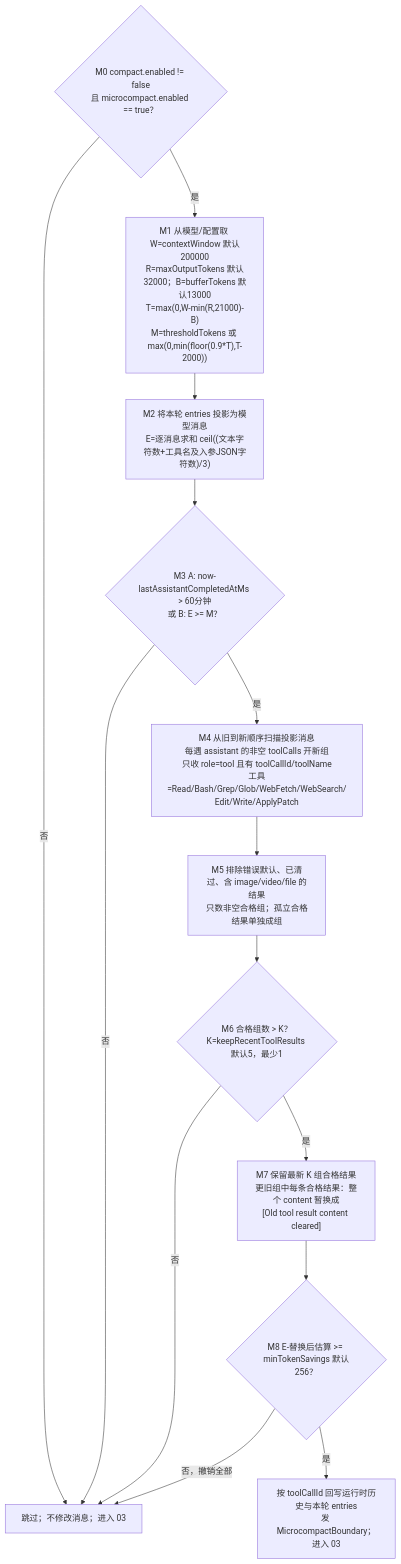
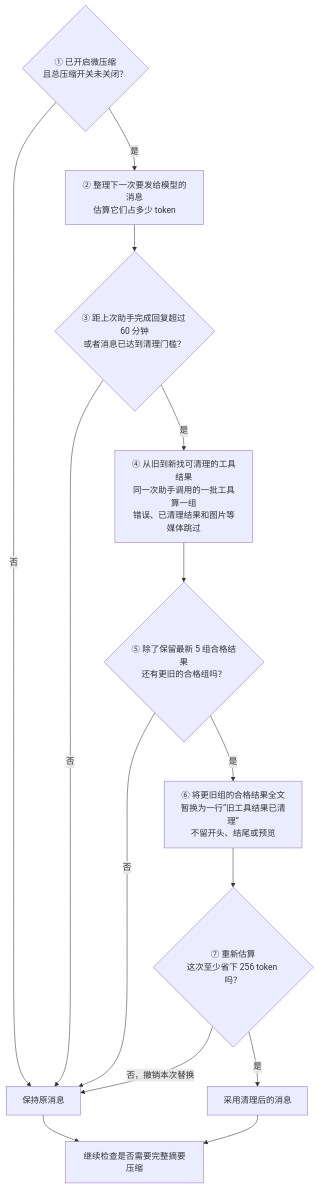
The second of 3 diagrams in research/code-agent/topics/b-context-management.md (tao2years/ZCode_Analysis), drawn with Mermaid before and after one commit. The commit also changed other lines of this file and 4 other files, not shown here.

Commit message:
docs: explain microcompact flow in plain language

````diff
--- a/research/code-agent/topics/b-context-management.md
+++ b/research/code-agent/topics/b-context-management.md
@@ -60,16 +60,16 @@
 ```mermaid
 flowchart TD
-    M0{"M0 compact.enabled != false<br/>且 microcompact.enabled == true？"} -- 否 --> MS["跳过；不修改消息；进入 03"]
-    M0 -- 是 --> M1["M1 从模型/配置取 W=contextWindow 默认200000<br/>R=maxOutputTokens 默认32000；B=bufferTokens 默认13000<br/>T=max(0,W-min(R,21000)-B)<br/>M=thresholdTokens 或 max(0,min(floor(0.9*T),T-2000))"]
-    M1 --> M2["M2 将本轮 entries 投影为模型消息<br/>E=逐消息求和 ceil((文本字符数+工具名及入参JSON字符数)/3)"]
-    M2 --> M3{"M3 A: now-lastAssistantCompletedAtMs &gt; 60分钟<br/>或 B: E &gt;= M？"}
-    M3 -- 否 --> MS
-    M3 -- 是 --> M4["M4 从旧到新顺序扫描投影消息<br/>每遇 assistant 的非空 toolCalls 开新组<br/>只收 role=tool 且有 toolCallId/toolName<br/>工具=Read/Bash/Grep/Glob/WebFetch/WebSearch/<br/>Edit/Write/ApplyPatch"]
-    M4 --> M5["M5 排除错误默认、已清过、含 image/video/file 的结果<br/>只数非空合格组；孤立合格结果单独成组"]
-    M5 --> M6{"M6 合格组数 &gt; K？<br/>K=keepRecentToolResults 默认5，最少1"}
-    M6 -- 否 --> MS
-    M6 -- 是 --> M7["M7 保留最新 K 组合格结果<br/>更旧组中每条合格结果：整个 content 暂换成<br/>[Old tool result content cleared]"]
-    M7 --> M8{"M8 E-替换后估算 &gt;= minTokenSavings 默认256？"}
-    M8 -- 否，撤销全部 --> MS
-    M8 -- 是 --> MC["按 toolCallId 回写运行时历史与本轮 entries<br/>发 MicrocompactBoundary；进入 03"]
+    M0{"① 已开启微压缩<br/>且总压缩开关未关闭？"} -- 否 --> MS["保持原消息"]
+    M0 -- 是 --> M1["② 整理下一次要发给模型的消息<br/>估算它们占多少 token"]
+    M1 --> M2{"③ 距上次助手完成回复超过 60 分钟<br/>或者消息已达到清理门槛？"}
+    M2 -- 否 --> MS
+    M2 -- 是 --> M3["④ 从旧到新找可清理的工具结果<br/>同一次助手调用的一批工具算一组<br/>错误、已清理结果和图片等媒体跳过"]
+    M3 --> M4{"⑤ 除了保留最新 5 组合格结果<br/>还有更旧的合格组吗？"}
+    M4 -- 否 --> MS
+    M4 -- 是 --> M5["⑥ 将更旧组的合格结果全文<br/>暂换为一行“旧工具结果已清理”<br/>不留开头、结尾或预览"]
+    M5 --> M6{"⑦ 重新估算<br/>这次至少省下 256 token 吗？"}
+    M6 -- 否，撤销本次替换 --> MS
+    M6 -- 是 --> MC["采用清理后的消息"]
+    MS --> NEXT["继续检查是否需要完整摘要压缩"]
+    MC --> NEXT
 ```
````
